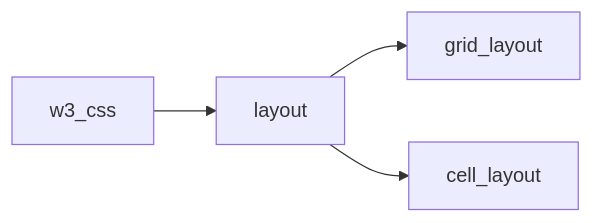
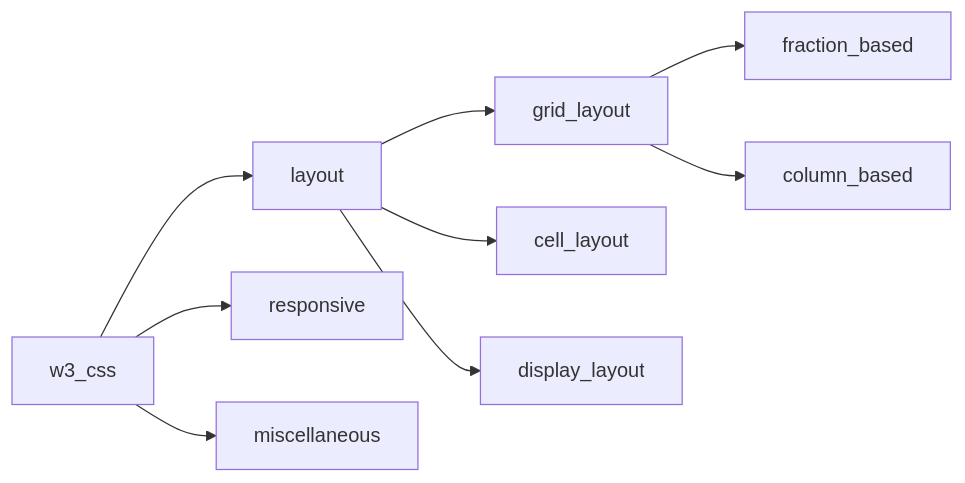
Before and after one commit to amitSah121/Others_1: the diagram in tutorials/day-2/doc.md, drawn with Mermaid. The commit also changed other lines of this file, not shown here.

````diff
--- a/tutorials/day-2/doc.md
+++ b/tutorials/day-2/doc.md
@@ -4,8 +4,13 @@
 ```mermaid
 graph LR;
     
     w3_css-->layout;
+    w3_css-->responsive;
+    w3_css-->miscellaneous;
     layout-->grid_layout;
     layout-->cell_layout;
+    layout-->display_layout;
+    grid_layout-->fraction_based;
+    grid_layout-->column_based;
 
 ```
````
